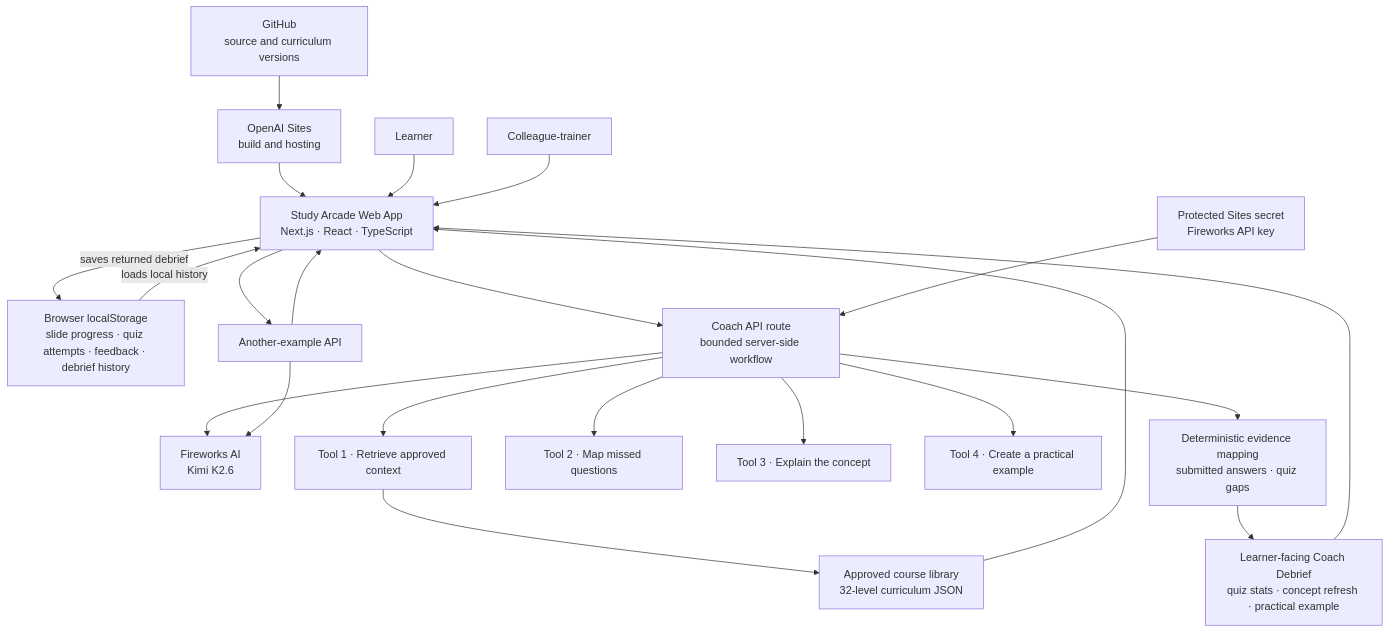
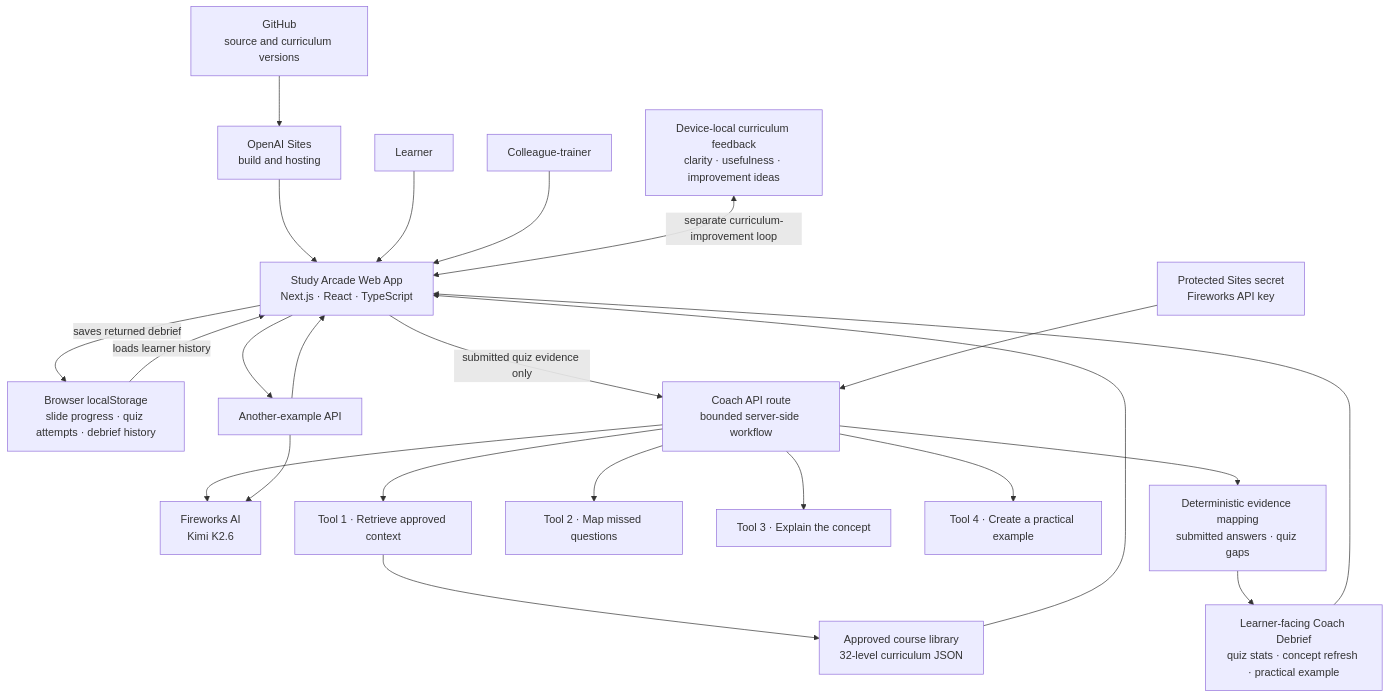
One commit to MittalP2/securitization-arcade-employee-training changed the diagram in docs/architecture.md. Above: the diagram before and after it, drawn with Mermaid. The commit also changed 3 other files, not shown here.

Commit message:
Separate curriculum feedback from learner coaching

````diff
--- a/docs/architecture.md
+++ b/docs/architecture.md
@@ -5,28 +5,29 @@
 ```mermaid
 flowchart TB
     GitHub["GitHub<br/>source and curriculum versions"] --> Sites["OpenAI Sites<br/>build and hosting"]
     Sites --> Web["Study Arcade Web App<br/>Next.js · React · TypeScript"]
 
     Learner["Learner"] --> Web
     Trainer["Colleague-trainer"] --> Web
     Curriculum["Approved course library<br/>32-level curriculum JSON"] --> Web
-    State["Browser localStorage<br/>slide progress · quiz attempts · feedback · debrief history"] -->|loads local history| Web
+    State["Browser localStorage<br/>slide progress · quiz attempts · debrief history"] -->|loads learner history| Web
+    CurriculumFeedback["Device-local curriculum feedback<br/>clarity · usefulness · improvement ideas"] <-->|separate curriculum-improvement loop| Web
 
-    Web --> CoachAPI["Coach API route<br/>bounded server-side workflow"]
+    Web -->|submitted quiz evidence only| CoachAPI["Coach API route<br/>bounded server-side workflow"]
     CoachAPI --> Fireworks["Fireworks AI<br/>Kimi K2.6"]
     CoachAPI --> Retrieve["Tool 1 · Retrieve approved context"]
     CoachAPI --> Map["Tool 2 · Map missed questions"]
     CoachAPI --> Explain["Tool 3 · Explain the concept"]
     CoachAPI --> Example["Tool 4 · Create a practical example"]
     Retrieve --> Curriculum
     CoachAPI --> Evidence["Deterministic evidence mapping<br/>submitted answers · quiz gaps"]
     Evidence --> Debrief["Learner-facing Coach Debrief<br/>quiz stats · concept refresh · practical example"]
     Debrief --> Web
     Web -->|saves returned debrief| State
 
     Web --> ExampleAPI["Another-example API"]
     ExampleAPI --> Fireworks
     ExampleAPI --> Web
 
     Secrets["Protected Sites secret<br/>Fireworks API key"] --> CoachAPI
 ```
````
